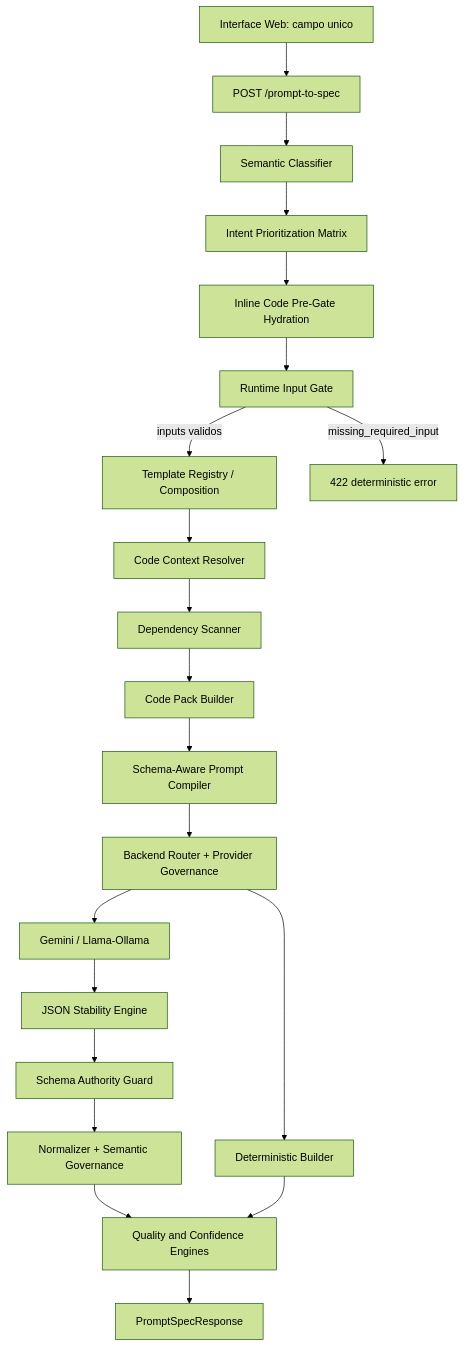
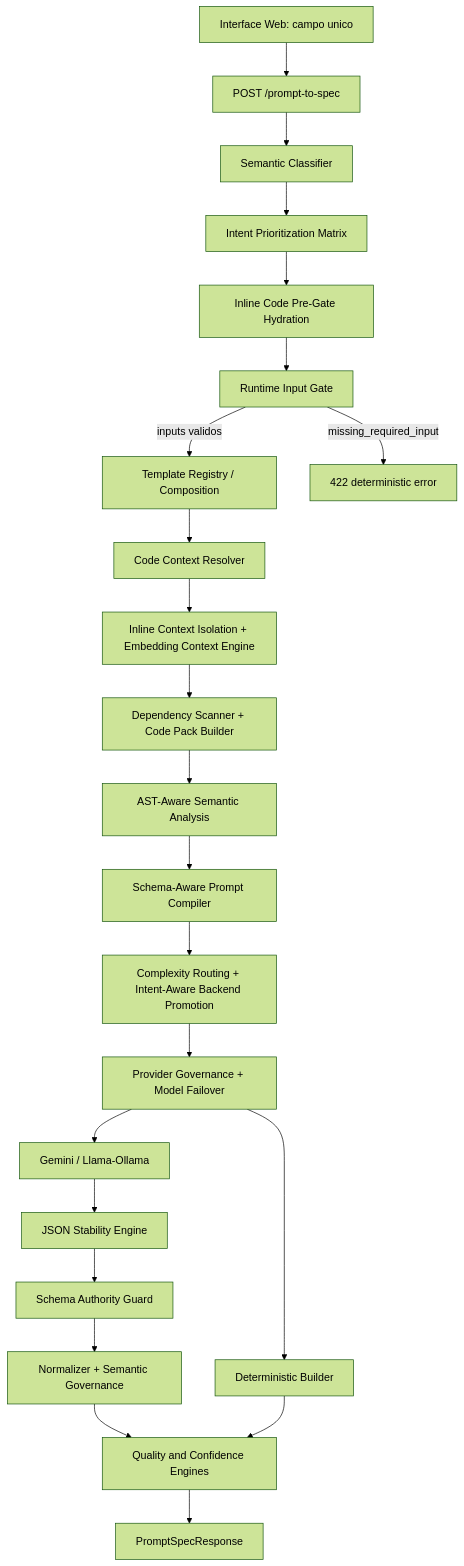
The diagram in README.md (DanielAzeved0/mcp-task-manager), drawn with Mermaid (forest theme) before and after one commit. The commit also changed other lines of this file and 28 other files, not shown here.

````diff
--- a/README.md
+++ b/README.md
@@ -51,23 +61,25 @@
 ```mermaid
 flowchart TD
   A["Interface Web: campo unico"] --> B["POST /prompt-to-spec"]
   B --> C["Semantic Classifier"]
   C --> D["Intent Prioritization Matrix"]
   D --> E["Inline Code Pre-Gate Hydration"]
   E --> F["Runtime Input Gate"]
   F -->|inputs validos| G["Template Registry / Composition"]
   F -->|missing_required_input| X["422 deterministic error"]
   G --> H["Code Context Resolver"]
-  H --> I["Dependency Scanner"]
-  I --> J["Code Pack Builder"]
-  J --> K["Schema-Aware Prompt Compiler"]
-  K --> L["Backend Router + Provider Governance"]
-  L --> M["Gemini / Llama-Ollama"]
-  L --> N["Deterministic Builder"]
-  M --> O["JSON Stability Engine"]
-  O --> P["Schema Authority Guard"]
-  P --> Q["Normalizer + Semantic Governance"]
-  Q --> R["Quality and Confidence Engines"]
-  N --> R
-  R --> S["PromptSpecResponse"]
+  H --> I["Inline Context Isolation + Embedding Context Engine"]
+  I --> J["Dependency Scanner + Code Pack Builder"]
+  J --> K["AST-Aware Semantic Analysis"]
+  K --> L["Schema-Aware Prompt Compiler"]
+  L --> M["Complexity Routing + Intent-Aware Backend Promotion"]
+  M --> N["Provider Governance + Model Failover"]
+  N --> O["Gemini / Llama-Ollama"]
+  N --> P["Deterministic Builder"]
+  O --> Q["JSON Stability Engine"]
+  Q --> R["Schema Authority Guard"]
+  R --> S["Normalizer + Semantic Governance"]
+  S --> T["Quality and Confidence Engines"]
+  P --> T
+  T --> U["PromptSpecResponse"]
 ```
````
